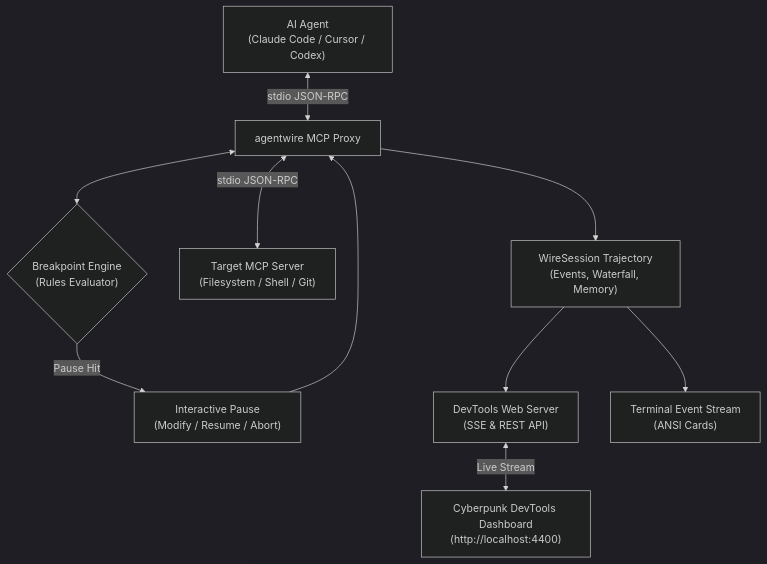
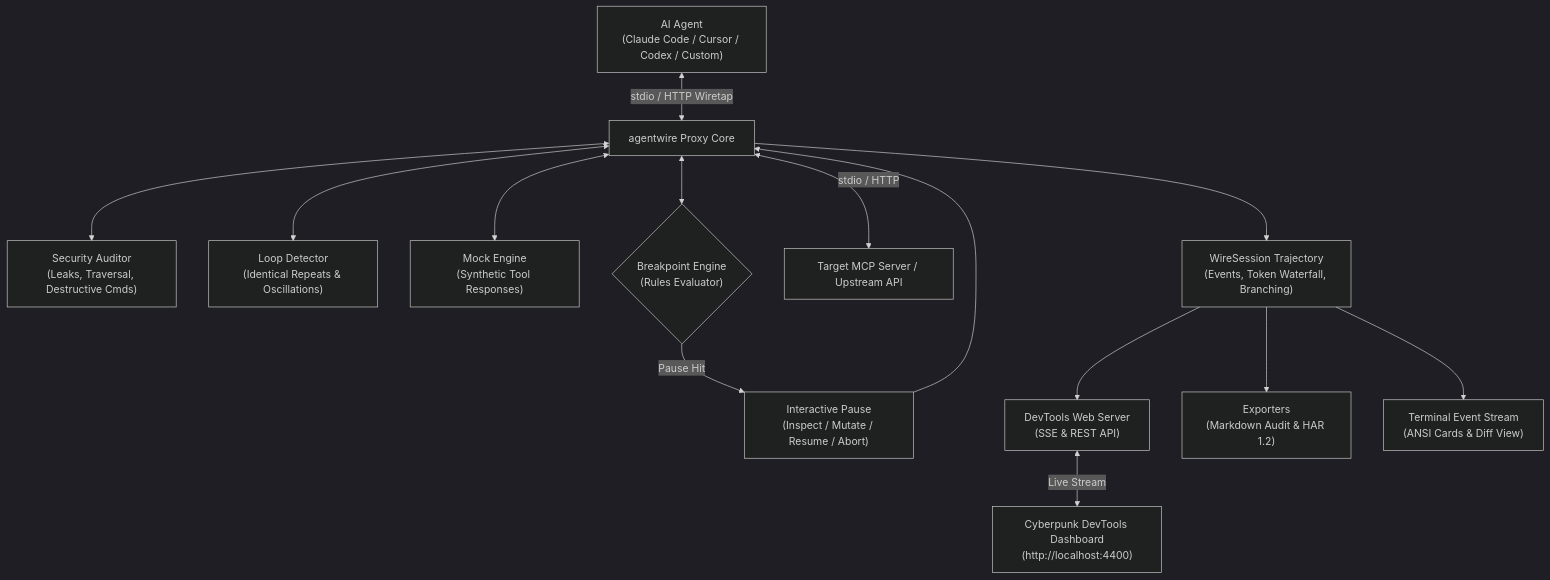
The diagram in README.md (shenald-dev/agentwire), drawn with Mermaid (dark theme) before and after one commit. The commit also changed other lines of this file and 24 other files, not shown here.

Commit message:
feat: release v0.2.0 with http proxy wiretap, loop detection, security auditor, and trajectory diffing

````diff
--- a/README.md
+++ b/README.md
@@ -123,12 +147,16 @@
 ```mermaid
 flowchart TD
-    Client["AI Agent<br/>(Claude Code / Cursor / Codex)"] <-->|"stdio JSON-RPC"| Proxy["agentwire MCP Proxy"]
+    Client["AI Agent<br/>(Claude Code / Cursor / Codex / Custom)"] <-->|"stdio / HTTP Wiretap"| Proxy["agentwire Proxy Core"]
+    Proxy <--> Security["Security Auditor<br/>(Leaks, Traversal, Destructive Cmds)"]
+    Proxy <--> Loop["Loop Detector<br/>(Identical Repeats & Oscillations)"]
+    Proxy <--> Mock["Mock Engine<br/>(Synthetic Tool Responses)"]
     Proxy <--> Breakpoint{"Breakpoint Engine<br/>(Rules Evaluator)"}
-    Breakpoint -->|"Pause Hit"| Pause["Interactive Pause<br/>(Modify / Resume / Abort)"]
+    Breakpoint -->|"Pause Hit"| Pause["Interactive Pause<br/>(Inspect / Mutate / Resume / Abort)"]
     Pause --> Proxy
-    Proxy <-->|"stdio JSON-RPC"| MCPServer["Target MCP Server<br/>(Filesystem / Shell / Git)"]
-    Proxy --> Session["WireSession Trajectory<br/>(Events, Waterfall, Memory)"]
+    Proxy <-->|"stdio / HTTP"| MCPServer["Target MCP Server / Upstream API"]
+    Proxy --> Session["WireSession Trajectory<br/>(Events, Token Waterfall, Branching)"]
     Session --> WebServer["DevTools Web Server<br/>(SSE & REST API)"]
     WebServer <-->|"Live Stream"| WebUI["Cyberpunk DevTools Dashboard<br/>(http://localhost:4400)"]
-    Session --> CLI["Terminal Event Stream<br/>(ANSI Cards)"]
+    Session --> Exporters["Exporters<br/>(Markdown Audit & HAR 1.2)"]
+    Session --> CLI["Terminal Event Stream<br/>(ANSI Cards & Diff View)"]
 ```
````
